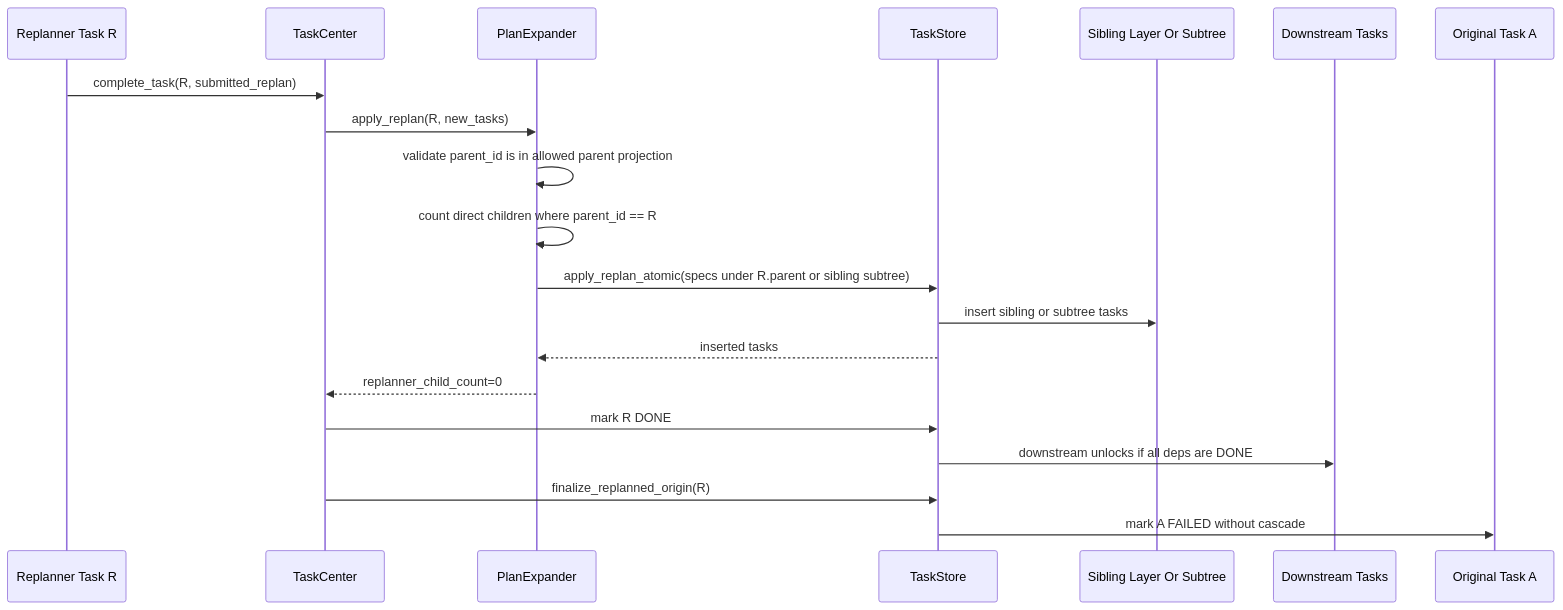
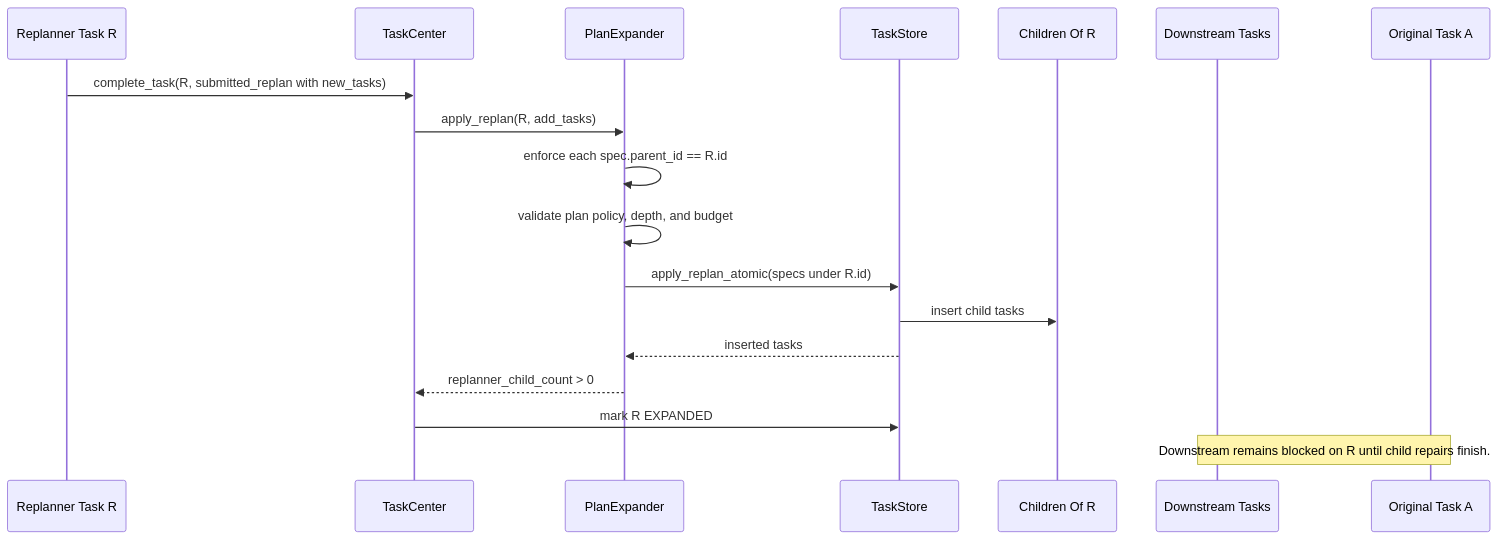
One commit to Ephemeral-AI-Lab/ephemeral-os changed the fourth of 7 diagrams in docs/architecture/replan-workflow-sequence-diagrams.md. Above: the diagram before and after it, drawn with Mermaid. The commit also changed other lines of this file and 22 other files, not shown here.

````diff
--- a/docs/architecture/replan-workflow-sequence-diagrams.md
+++ b/docs/architecture/replan-workflow-sequence-diagrams.md
@@ -175,26 +182,24 @@
 ```mermaid
 sequenceDiagram
     participant R as Replanner Task R
     participant TC as TaskCenter
     participant PE as PlanExpander
     participant TS as TaskStore
-    participant S as Sibling Layer Or Subtree
+    participant C as Children Of R
     participant D as Downstream Tasks
     participant A as Original Task A
 
-    R->>TC: complete_task(R, submitted_replan)
-    TC->>PE: apply_replan(R, new_tasks)
+    R->>TC: complete_task(R, submitted_replan with new_tasks)
+    TC->>PE: apply_replan(R, add_tasks)
 
-    PE->>PE: validate parent_id is in allowed parent projection
-    PE->>PE: count direct children where parent_id == R
-    PE->>TS: apply_replan_atomic(specs under R.parent or sibling subtree)
+    PE->>PE: enforce each spec.parent_id == R.id
+    PE->>PE: validate plan policy, depth, and budget
+    PE->>TS: apply_replan_atomic(specs under R.id)
 
-    TS->>S: insert sibling or subtree tasks
+    TS->>C: insert child tasks
     TS-->>PE: inserted tasks
-    PE-->>TC: replanner_child_count=0
+    PE-->>TC: replanner_child_count > 0
 
-    TC->>TS: mark R DONE
-    TS->>D: downstream unlocks if all deps are DONE
-    TC->>TS: finalize_replanned_origin(R)
-    TS->>A: mark A FAILED without cascade
+    TC->>TS: mark R EXPANDED
+    Note over D,A: Downstream remains blocked on R until child repairs finish.
 ```
````
